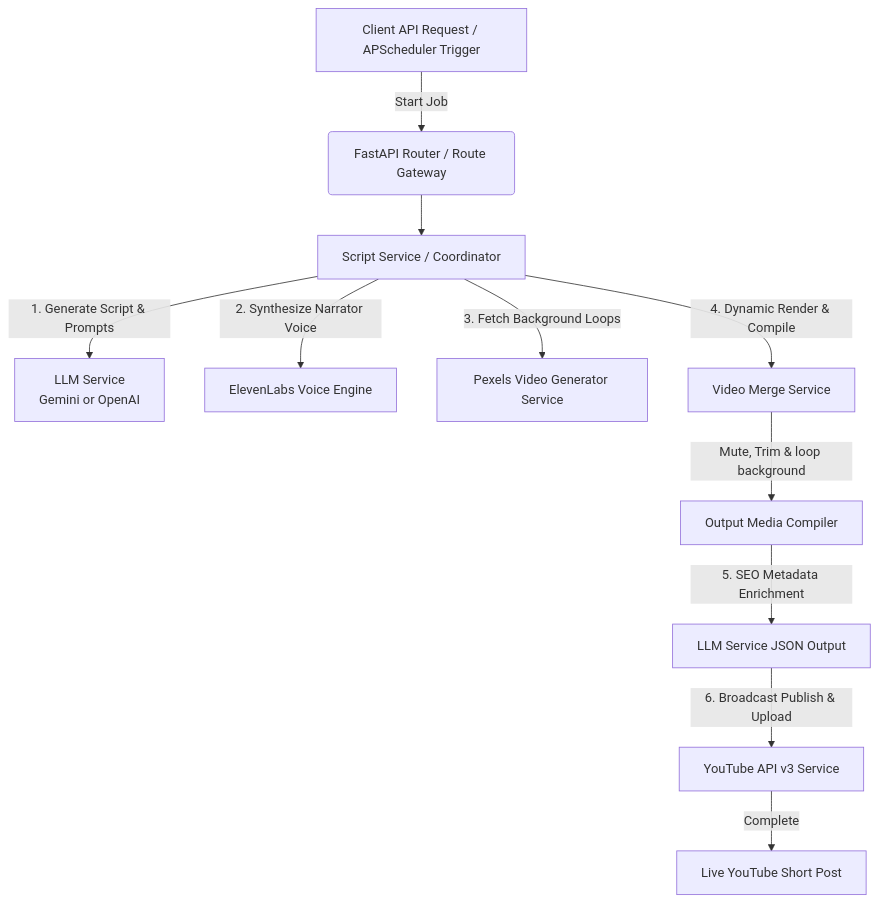
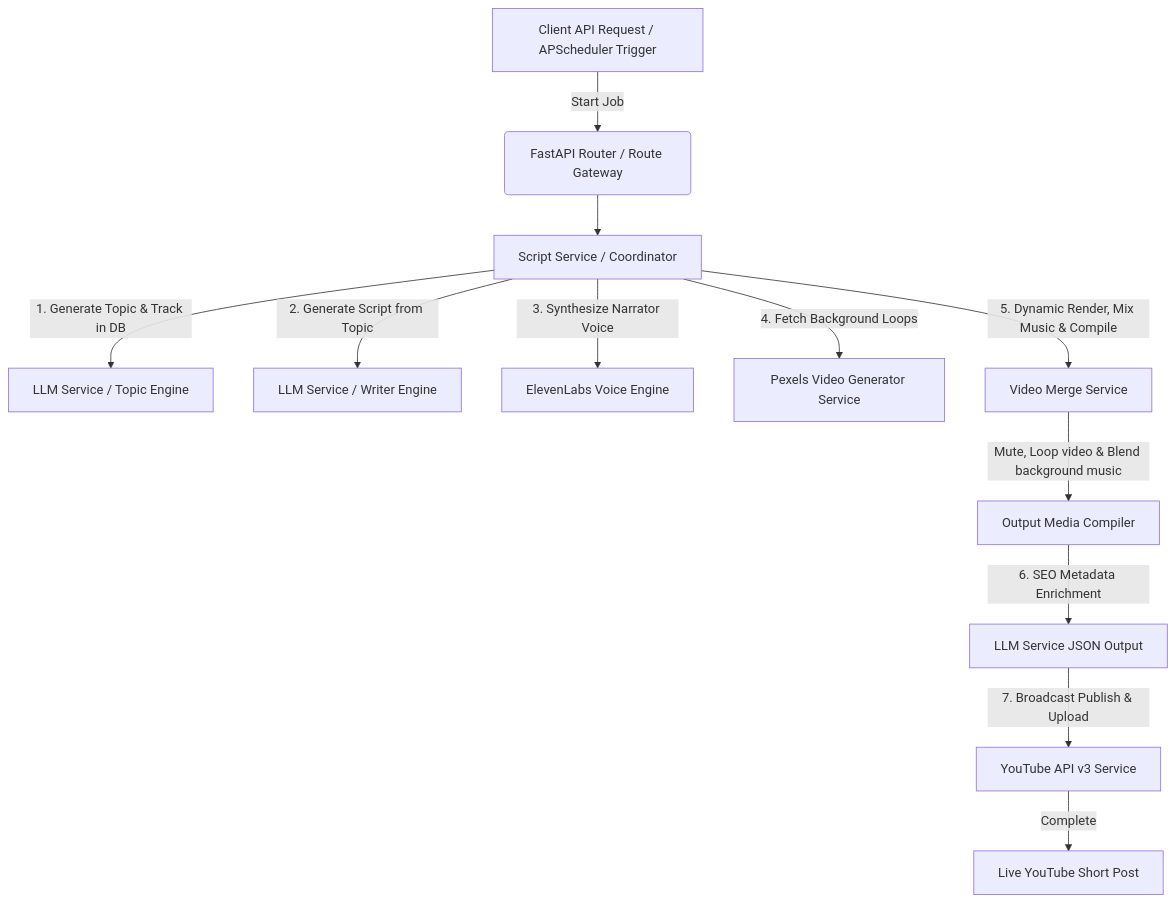
One commit to indvx/dg_shorts_ai changed the first of 2 diagrams in README.md. Above: the diagram before and after it, drawn with Mermaid. The commit also changed other lines of this file, not shown here.

Commit message:
feat: implement topic tracking, background music integration, and refactored generation pipeline in README

````diff
--- a/README.md
+++ b/README.md
@@ -22,13 +22,14 @@
 ```mermaid
 graph TD
     A[Client API Request / APScheduler Trigger] -->|Start Job| B(FastAPI Router / Route Gateway)
     B --> C[Script Service / Coordinator]
-    C -->|1. Generate Script & Prompts| D[LLM Service <br> Gemini or OpenAI]
-    C -->|2. Synthesize Narrator Voice| E[ElevenLabs Voice Engine]
-    C -->|3. Fetch Background Loops| F[Pexels Video Generator Service]
-    C -->|4. Dynamic Render & Compile| G[Video Merge Service]
-    G -->|Mute, Trim & loop background| H[Output Media Compiler]
-    H -->|5. SEO Metadata Enrichment| I[LLM Service JSON Output]
-    I -->|6. Broadcast Publish & Upload| J[YouTube API v3 Service]
+    C -->|1. Generate Topic & Track in DB| D1[LLM Service / Topic Engine]
+    C -->|2. Generate Script from Topic| D2[LLM Service / Writer Engine]
+    C -->|3. Synthesize Narrator Voice| E[ElevenLabs Voice Engine]
+    C -->|4. Fetch Background Loops| F[Pexels Video Generator Service]
+    C -->|5. Dynamic Render, Mix Music & Compile| G[Video Merge Service]
+    G -->|Mute, Loop video & Blend background music| H[Output Media Compiler]
+    H -->|6. SEO Metadata Enrichment| I[LLM Service JSON Output]
+    I -->|7. Broadcast Publish & Upload| J[YouTube API v3 Service]
     J -->|Complete| K[Live YouTube Short Post]
 ```
````
